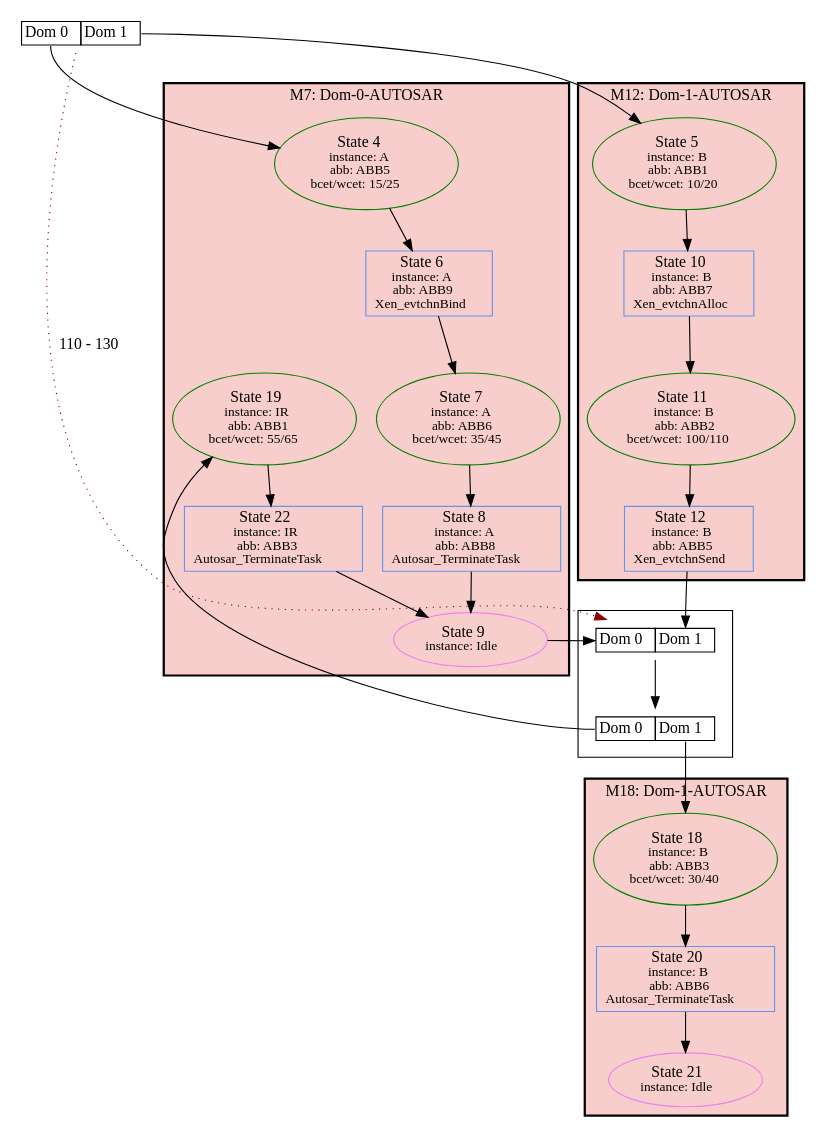
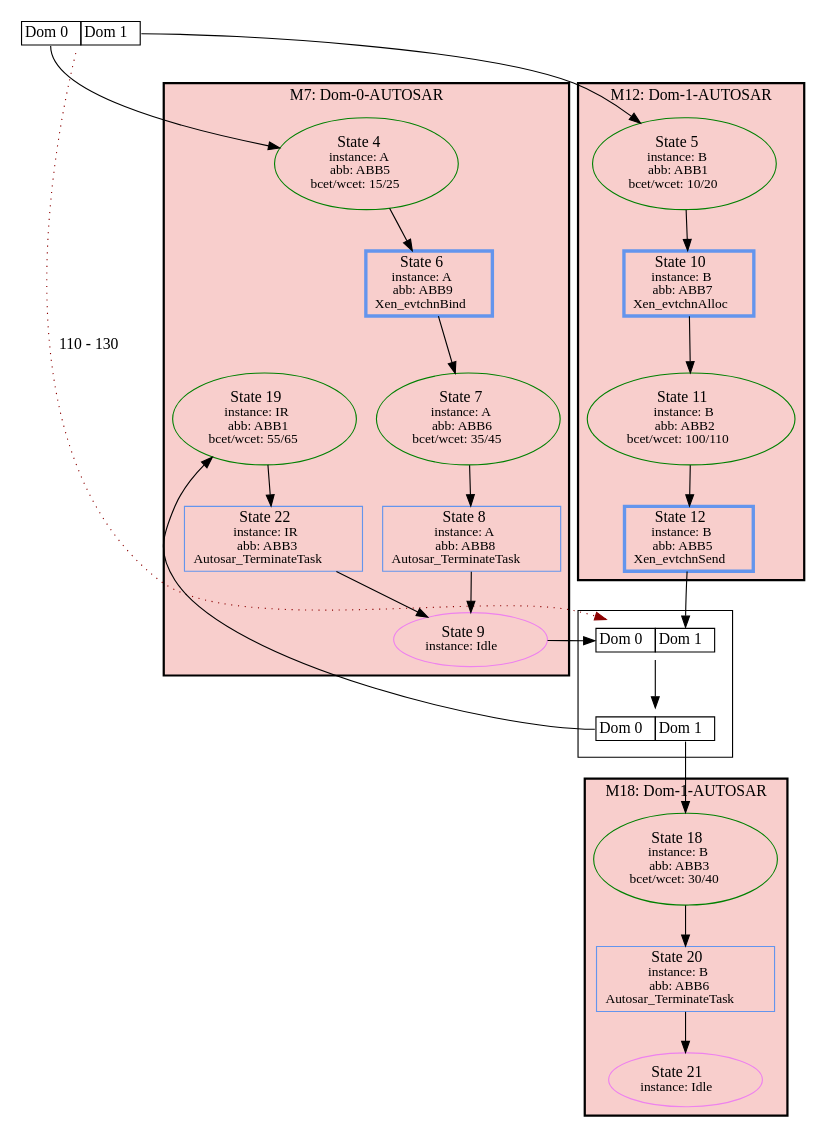
Before and after one commit to luhsra/ara: the diagram in appl/Xen/hc-autosar2/HyperSSE.hc-autosar2.hstg.dot, drawn with Graphviz. The commit also changed 69 other files, not shown here.

Commit message:
Testsuite: migrate comparison graphs to new pydot version + different printer syntax (bold rect for hypercalls)

```diff
--- a/appl/Xen/hc-autosar2/HyperSSE.hc-autosar2.hstg.dot
+++ b/appl/Xen/hc-autosar2/HyperSSE.hc-autosar2.hstg.dot
@@ -1,61 +1,57 @@
 digraph G {
 label="";
 1 [label=<<TABLE BORDER="0" CELLBORDER="1" CELLSPACING="0"><TR><TD PORT="c0">Dom 0</TD><TD PORT="c1">Dom 1</TD></TR></TABLE>>, shape=plaintext, tooltip=1];
 subgraph cluster_7 {
+label="M7: Dom-0-AUTOSAR";
 bgcolor="#F8CECC";
-label="M7: Dom-0-AUTOSAR";
 style=bold;
-2 [color=green, fontsize=14, label=<State 4<br/><font point-size='12'>instance: A<br/>abb: ABB5<br/>bcet/wcet: 15/25</font>>, style=solid, tooltip=2];
-3 [color=cornflowerblue, fontsize=14, label=<State 6<br/><font point-size='12'>instance: A<br/>abb: ABB9<br/>Xen_evtchnBind</font>>, shape=box, tooltip=3];
-4 [color=green, fontsize=14, label=<State 7<br/><font point-size='12'>instance: A<br/>abb: ABB6<br/>bcet/wcet: 35/45</font>>, style=solid, tooltip=4];
-5 [color=cornflowerblue, fontsize=14, label=<State 8<br/><font point-size='12'>instance: A<br/>abb: ABB8<br/>Autosar_TerminateTask</font>>, shape=box, tooltip=5];
-6 [color=violet, fontsize=14, label=<State 9<br/><font point-size='12'>instance: Idle</font>>, style=solid, tooltip=6];
-19 [color=green, fontsize=14, label=<State 19<br/><font point-size='12'>instance: IR<br/>abb: ABB1<br/>bcet/wcet: 55/65</font>>, style=solid, tooltip=19];
-20 [color=cornflowerblue, fontsize=14, label=<State 22<br/><font point-size='12'>instance: IR<br/>abb: ABB3<br/>Autosar_TerminateTask</font>>, shape=box, tooltip=20];
+2 [fontsize=14, label=<State 4<br/><font point-size='12'>instance: A<br/>abb: ABB5<br/>bcet/wcet: 15/25</font>>, tooltip=2, style=solid, color=green];
+3 [fontsize=14, label=<State 6<br/><font point-size='12'>instance: A<br/>abb: ABB9<br/>Xen_evtchnBind</font>>, tooltip=3, color=cornflowerblue, shape=box, penwidth=3];
+4 [fontsize=14, label=<State 7<br/><font point-size='12'>instance: A<br/>abb: ABB6<br/>bcet/wcet: 35/45</font>>, tooltip=4, style=solid, color=green];
+5 [fontsize=14, label=<State 8<br/><font point-size='12'>instance: A<br/>abb: ABB8<br/>Autosar_TerminateTask</font>>, tooltip=5, color=cornflowerblue, shape=box];
+6 [fontsize=14, label=<State 9<br/><font point-size='12'>instance: Idle</font>>, tooltip=6, style=solid, color=violet];
+19 [fontsize=14, label=<State 19<br/><font point-size='12'>instance: IR<br/>abb: ABB1<br/>bcet/wcet: 55/65</font>>, tooltip=19, style=solid, color=green];
+20 [fontsize=14, label=<State 22<br/><font point-size='12'>instance: IR<br/>abb: ABB3<br/>Autosar_TerminateTask</font>>, tooltip=20, color=cornflowerblue, shape=box];
 }
-
 subgraph cluster_12 {
+label="M12: Dom-1-AUTOSAR";
 bgcolor="#F8CECC";
-label="M12: Dom-1-AUTOSAR";
 style=bold;
-8 [color=green, fontsize=14, label=<State 5<br/><font point-size='12'>instance: B<br/>abb: ABB1<br/>bcet/wcet: 10/20</font>>, style=solid, tooltip=8];
-9 [color=cornflowerblue, fontsize=14, label=<State 10<br/><font point-size='12'>instance: B<br/>abb: ABB7<br/>Xen_evtchnAlloc</font>>, shape=box, tooltip=9];
-10 [color=green, fontsize=14, label=<State 11<br/><font point-size='12'>instance: B<br/>abb: ABB2<br/>bcet/wcet: 100/110</font>>, style=solid, tooltip=10];
-11 [color=cornflowerblue, fontsize=14, label=<State 12<br/><font point-size='12'>instance: B<br/>abb: ABB5<br/>Xen_evtchnSend</font>>, shape=box, tooltip=11];
+8 [fontsize=14, label=<State 5<br/><font point-size='12'>instance: B<br/>abb: ABB1<br/>bcet/wcet: 10/20</font>>, tooltip=8, style=solid, color=green];
+9 [fontsize=14, label=<State 10<br/><font point-size='12'>instance: B<br/>abb: ABB7<br/>Xen_evtchnAlloc</font>>, tooltip=9, color=cornflowerblue, shape=box, penwidth=3];
+10 [fontsize=14, label=<State 11<br/><font point-size='12'>instance: B<br/>abb: ABB2<br/>bcet/wcet: 100/110</font>>, tooltip=10, style=solid, color=green];
+11 [fontsize=14, label=<State 12<br/><font point-size='12'>instance: B<br/>abb: ABB5<br/>Xen_evtchnSend</font>>, tooltip=11, color=cornflowerblue, shape=box, penwidth=3];
 }
-
 subgraph cluster_18 {
+label="M18: Dom-1-AUTOSAR";
 bgcolor="#F8CECC";
-label="M18: Dom-1-AUTOSAR";
 style=bold;
-16 [color=cornflowerblue, fontsize=14, label=<State 20<br/><font point-size='12'>instance: B<br/>abb: ABB6<br/>Autosar_TerminateTask</font>>, shape=box, tooltip=16];
-17 [color=violet, fontsize=14, label=<State 21<br/><font point-size='12'>instance: Idle</font>>, style=solid, tooltip=17];
-15 [color=green, fontsize=14, label=<State 18<br/><font point-size='12'>instance: B<br/>abb: ABB3<br/>bcet/wcet: 30/40</font>>, style=solid, tooltip=15];
+16 [fontsize=14, label=<State 20<br/><font point-size='12'>instance: B<br/>abb: ABB6<br/>Autosar_TerminateTask</font>>, tooltip=16, color=cornflowerblue, shape=box];
+17 [fontsize=14, label=<State 21<br/><font point-size='12'>instance: Idle</font>>, tooltip=17, style=solid, color=violet];
+15 [fontsize=14, label=<State 18<br/><font point-size='12'>instance: B<br/>abb: ABB3<br/>bcet/wcet: 30/40</font>>, tooltip=15, style=solid, color=green];
 }
-
 subgraph cluster_Metasync13 {
 label="";
 13 [label=<<TABLE BORDER="0" CELLBORDER="1" CELLSPACING="0"><TR><TD PORT="c0">Dom 0</TD><TD PORT="c1">Dom 1</TD></TR></TABLE>>, shape=plaintext, tooltip=13];
 14 [label=<<TABLE BORDER="0" CELLBORDER="1" CELLSPACING="0"><TR><TD PORT="c0">Dom 0</TD><TD PORT="c1">Dom 1</TD></TR></TABLE>>, shape=plaintext, tooltip=14];
 }
-
-1:c0 -> 2  [color=black];
-1:c1 -> 8  [color=black];
-1 -> 13  [color=darkred, label="110 - 130", style=dotted];
-2 -> 3  [color=black];
-3 -> 4  [color=black];
-4 -> 5  [color=black];
-5 -> 6  [color=black];
-6 -> 13:c0  [color=black];
-8 -> 9  [color=black];
-9 -> 10  [color=black];
-10 -> 11  [color=black];
-11 -> 13:c1  [color=black];
-13 -> 14  [color=black];
-14:c1 -> 15  [color=black];
-14:c0 -> 19  [color=black];
-15 -> 16  [color=black];
-16 -> 17  [color=black];
-19 -> 20  [color=black];
-20 -> 6  [color=black];
+1:c0 -> 2 [color=black];
+1:c1 -> 8 [color=black];
+1 -> 13 [color=darkred, style=dotted, label="110 - 130"];
+2 -> 3 [color=black];
+3 -> 4 [color=black];
+4 -> 5 [color=black];
+5 -> 6 [color=black];
+6 -> 13:c0 [color=black];
+8 -> 9 [color=black];
+9 -> 10 [color=black];
+10 -> 11 [color=black];
+11 -> 13:c1 [color=black];
+13 -> 14 [color=black];
+14:c1 -> 15 [color=black];
+14:c0 -> 19 [color=black];
+15 -> 16 [color=black];
+16 -> 17 [color=black];
+19 -> 20 [color=black];
+20 -> 6 [color=black];
 }
```
